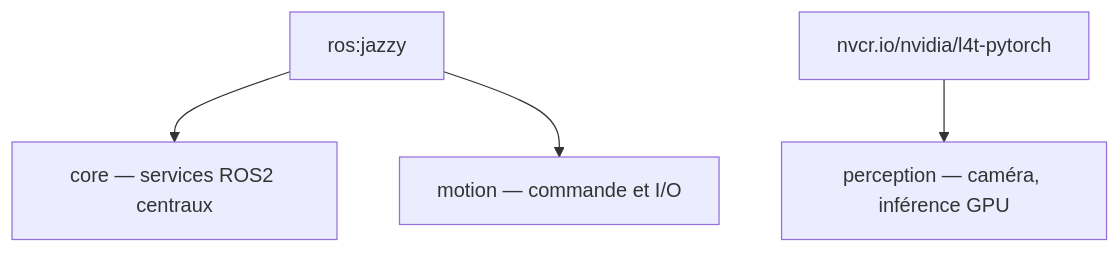
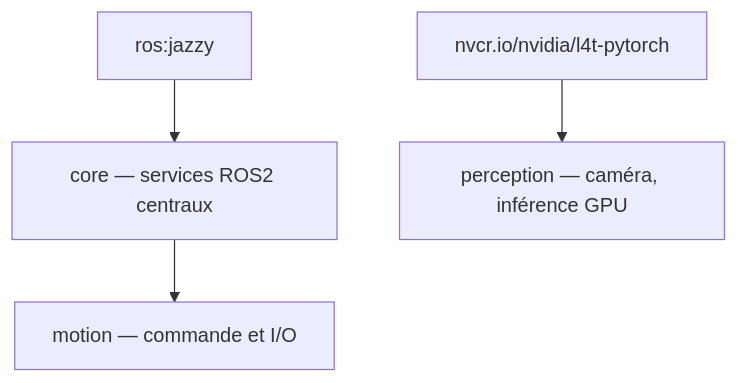
The diagram in docker/README.md (iobewi/r2bewi_sdk_manager), drawn with Mermaid before and after one commit. The commit also changed other lines of this file and 2 other files, not shown here.

Commit message:
feat(docker): motion hérite de core — suppression duplication ROS2 setup

````diff
--- a/docker/README.md
+++ b/docker/README.md
@@ -35,9 +35,9 @@
 ```mermaid
 graph TD
     JAZZY["ros:jazzy"]
     L4T["nvcr.io/nvidia/l4t-pytorch"]
 
     JAZZY --> CORE["core — services ROS2 centraux"]
-    JAZZY --> MOTION["motion — commande et I/O"]
+    CORE --> MOTION["motion — commande et I/O"]
     L4T --> PERCEPTION["perception — caméra, inférence GPU"]
 ```
````
